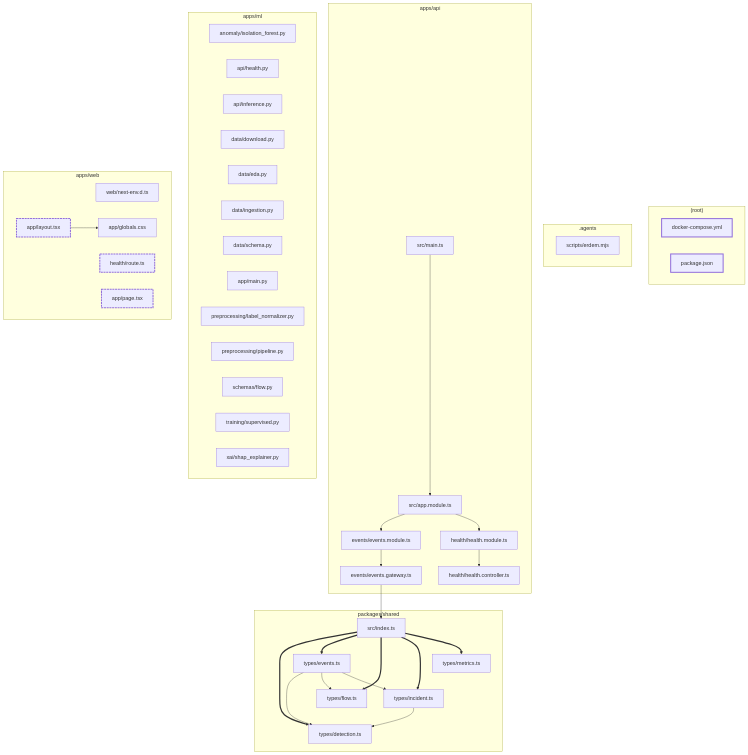
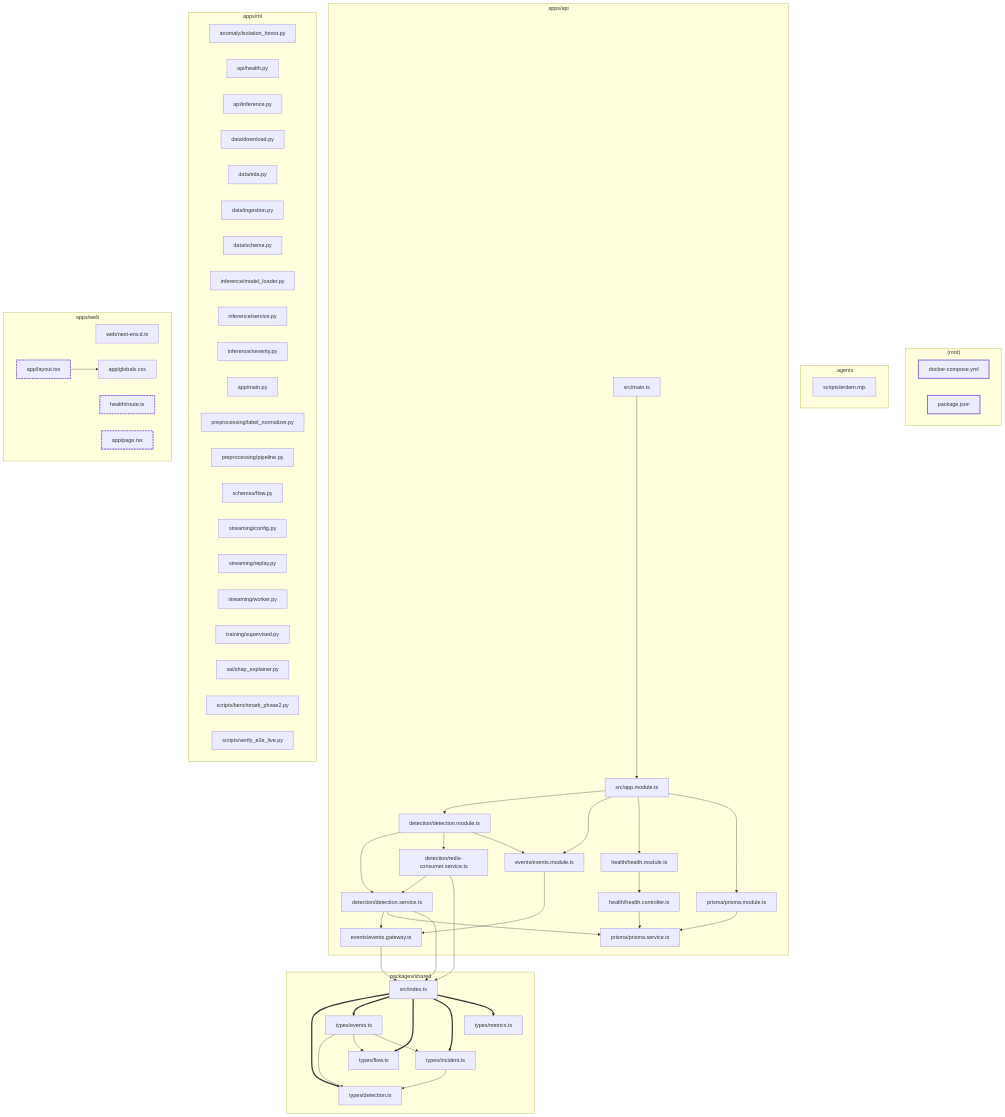
The diagram in .ai/graph/graph.mmd (ErdemYy/NetSentry), drawn with Mermaid before and after one commit. The commit also changed 54 other files, not shown here.

Commit message:
feat: complete phase 2 real-time ml inference pipeline

```diff
--- a/.ai/graph/graph.mmd
+++ b/.ai/graph/graph.mmd
@@ -1,72 +1,97 @@
 %% project-intel graph view: Dependency overview
-%% mode=full level=file nodes=33 edges=16
+%% mode=full level=file nodes=46 edges=28
 flowchart TD
   subgraph sg3a52ce78["(root)"]
     n35b8c13c["docker-compose.yml"]
     n7030d0b2["package.json"]
   end
   subgraph sg55eb8eee[".agents"]
     nbe9c72a0["scripts/erdem.mjs"]
   end
   subgraph sg73776ec8["apps/api"]
     nec28db8b["src/app.module.ts"]
+    n2b19c9c0["detection/detection.module.ts"]
+    nf8659a2d["detection/detection.service.ts"]
+    n08398223["detection/redis-consumer.service.ts"]
     n0808c694["events/events.gateway.ts"]
     n854d837f["events/events.module.ts"]
     nd046f3c6["health/health.controller.ts"]
     naba0fc26["health/health.module.ts"]
     n338ea8c7["src/main.ts"]
+    n114ee72c["prisma/prisma.module.ts"]
+    nbc402317["prisma/prisma.service.ts"]
   end
   subgraph sg368ad0cd["apps/ml"]
     n9085e1e2["anomaly/isolation_forest.py"]
     n05b2672a["api/health.py"]
     n6bbfe0f3["api/inference.py"]
     nc1d951fa["data/download.py"]
     n0cd89336["data/eda.py"]
     ne3a15c3a["data/ingestion.py"]
     nc17c857f["data/schema.py"]
+    n0385082c["inference/model_loader.py"]
+    n8ee5d33f["inference/service.py"]
+    nc0dccd96["inference/severity.py"]
     n9be4b79c["app/main.py"]
     n9d35f8c3["preprocessing/label_normalizer.py"]
     n5bdea03e["preprocessing/pipeline.py"]
     naa1c7bbc["schemas/flow.py"]
+    na2521d9e["streaming/config.py"]
+    n8607901b["streaming/replay.py"]
+    n31d06501["streaming/worker.py"]
     nac9391c1["training/supervised.py"]
     n62f2da0e["xai/shap_explainer.py"]
+    ncc12973c["scripts/benchmark_phase2.py"]
+    n1a3c3e10["scripts/verify_e2e_live.py"]
   end
   subgraph sg8972e234["apps/web"]
     n8076096b["web/next-env.d.ts"]
     ne0eb2c1f["health/route.ts"]
     n4306ffba["app/globals.css"]
     nf79a94b8["app/layout.tsx"]
     n0d6d11c3["app/page.tsx"]
   end
   subgraph sgf021f83d["packages/shared"]
     nc4a79788["src/index.ts"]
     n36707835["types/detection.ts"]
     nc80fea85["types/events.ts"]
     n30ddfb3b["types/flow.ts"]
     n43e205d0["types/incident.ts"]
     n9c18c09c["types/metrics.ts"]
   end
+  nec28db8b --> n2b19c9c0
   nec28db8b --> n854d837f
   nec28db8b --> naba0fc26
+  nec28db8b --> n114ee72c
+  n2b19c9c0 --> nf8659a2d
+  n2b19c9c0 --> n08398223
+  n2b19c9c0 --> n854d837f
+  nf8659a2d --> n0808c694
+  nf8659a2d --> nbc402317
+  nf8659a2d --> nc4a79788
+  n08398223 --> nf8659a2d
+  n08398223 --> nc4a79788
   n0808c694 --> nc4a79788
   n854d837f --> n0808c694
+  nd046f3c6 --> nbc402317
   naba0fc26 --> nd046f3c6
   n338ea8c7 --> nec28db8b
+  n114ee72c --> nbc402317
   nf79a94b8 --> n4306ffba
   nc4a79788 ==> n36707835
   nc4a79788 ==> nc80fea85
   nc4a79788 ==> n30ddfb3b
   nc4a79788 ==> n43e205d0
   nc4a79788 ==> n9c18c09c
   nc80fea85 --> n36707835
   nc80fea85 --> n30ddfb3b
   nc80fea85 --> n43e205d0
   n43e205d0 --> n36707835
   classDef surface stroke-width:3px;
   classDef entry stroke-width:3px,stroke-dasharray:6 2;
   classDef external stroke-dasharray:4 3;
   classDef outside stroke-dasharray:2 2;
   classDef target fill:#fff3b0,stroke:#555555;
   classDef note stroke-dasharray:4 3;
   class n0d6d11c3,n35b8c13c,n7030d0b2,ne0eb2c1f,nf79a94b8 surface;
   class n0d6d11c3,ne0eb2c1f,nf79a94b8 entry;
```
